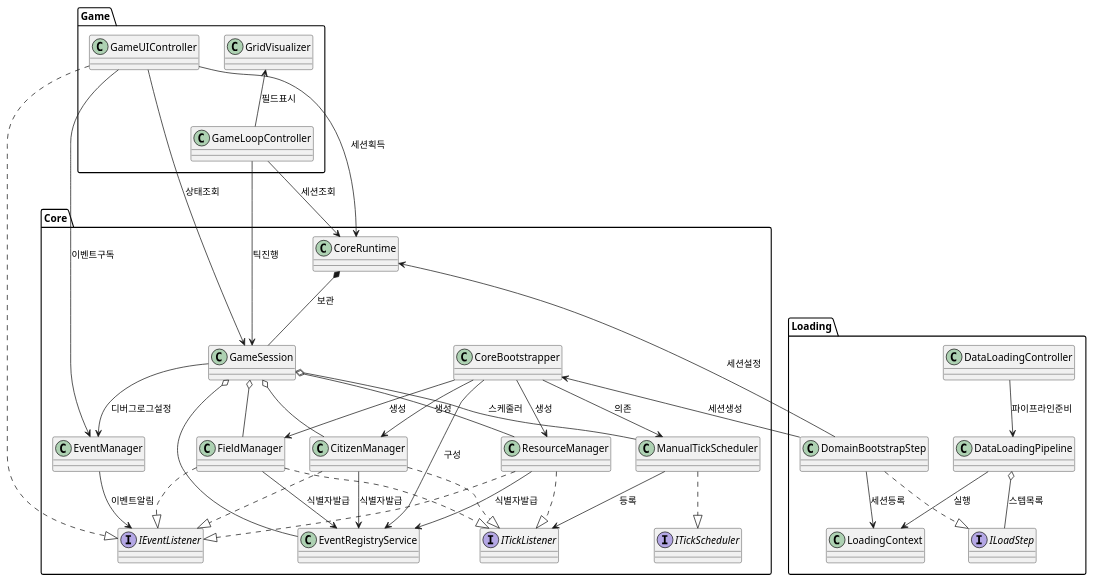
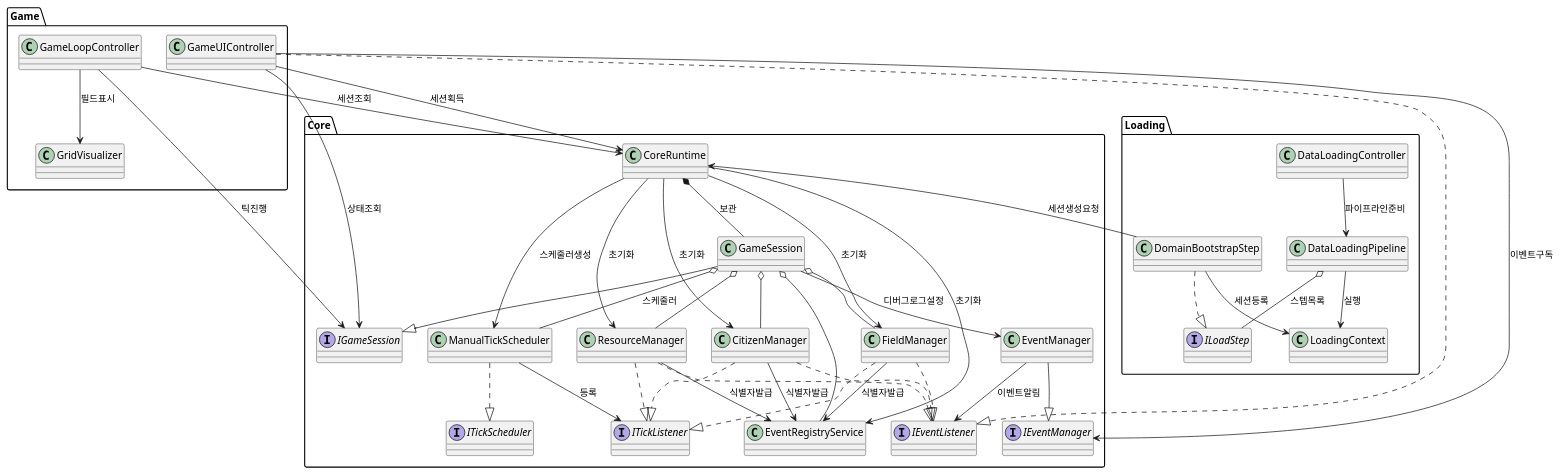
The diagram in Document/UML/uml.v1.puml (arandra/UnityAutoWorld), drawn with PlantUML before and after one commit. The commit also changed 23 other files, not shown here.

```diff
--- a/Document/UML/uml.v1.puml
+++ b/Document/UML/uml.v1.puml
@@ -1,79 +1,81 @@
 @startuml
   package "Core" {
-    class CoreBootstrapper
     class CoreRuntime
     class GameSession
-    interface ITickScheduler
-    interface ITickListener
-    interface IEventListener
     class ManualTickScheduler
     class EventManager
     class EventRegistryService
     class CitizenManager
     class FieldManager
     class ResourceManager
+    interface ITickScheduler
+    interface ITickListener
+    interface IEventManager
+    interface IGameSession
+    interface IEventListener
   }
 
   package "Loading" {
     class DataLoadingController
     class DataLoadingPipeline
     interface ILoadStep
     class DomainBootstrapStep
     class LoadingContext
   }
-
 
   package "Game" {
     class GameLoopController
     class GameUIController
     class GridVisualizer
   }
 
   DataLoadingController --> DataLoadingPipeline : 파이프라인준비
   DataLoadingPipeline o-- ILoadStep : 스텝목록
   DataLoadingPipeline --> LoadingContext : 실행
   DomainBootstrapStep ..|> ILoadStep
+
   DomainBootstrapStep --> LoadingContext : 세션등록
-  DomainBootstrapStep -u-> CoreBootstrapper : 세션생성
-  DomainBootstrapStep -u-> CoreRuntime : 세션설정
+  DomainBootstrapStep -u-> CoreRuntime : 세션생성요청
 
-  CoreBootstrapper --> ManualTickScheduler : 의존
-  CoreBootstrapper --> CitizenManager : 생성
-  CoreBootstrapper --> FieldManager : 생성
-  CoreBootstrapper --> ResourceManager : 생성
-  CoreBootstrapper --> EventRegistryService : 구성
   CoreRuntime *-- GameSession : 보관
+  CoreRuntime --> ManualTickScheduler : 스케줄러생성
+  CoreRuntime --> CitizenManager : 초기화
+  CoreRuntime --> FieldManager : 초기화
+  CoreRuntime --> ResourceManager : 초기화
+  CoreRuntime --> EventRegistryService : 초기화
 
+  GameSession --|> IGameSession
   GameSession o-- ManualTickScheduler : 스케줄러
   GameSession o-- CitizenManager
   GameSession o-- FieldManager
   GameSession o-- ResourceManager
   GameSession o-- EventRegistryService
   GameSession --> EventManager : 디버그로그설정
 
   ManualTickScheduler ..|> ITickScheduler
   ManualTickScheduler --> ITickListener : 등록
 
   CitizenManager ..|> ITickListener
   CitizenManager ..|> IEventListener
   CitizenManager --> EventRegistryService : 식별자발급
 
   FieldManager ..|> ITickListener
   FieldManager ..|> IEventListener
   FieldManager --> EventRegistryService : 식별자발급
 
   ResourceManager ..|> ITickListener
   ResourceManager ..|> IEventListener
   ResourceManager --> EventRegistryService : 식별자발급
 
+  EventManager --|> IEventManager
   EventManager --> IEventListener : 이벤트알림
 
-  GameLoopController -d-> CoreRuntime : 세션조회
-  GameLoopController -d-> GameSession : 틱진행
-  GameLoopController -u-> GridVisualizer : 필드표시
+  GameLoopController --> CoreRuntime : 세션조회
+  GameLoopController --> IGameSession : 틱진행
+  GameLoopController --> GridVisualizer : 필드표시
 
   GameUIController ..|> IEventListener
-  GameUIController --> EventManager : 이벤트구독
+  GameUIController --> IEventManager : 이벤트구독
   GameUIController --> CoreRuntime : 세션획득
-  GameUIController --> GameSession : 상태조회
+  GameUIController --> IGameSession : 상태조회
 @enduml
```
